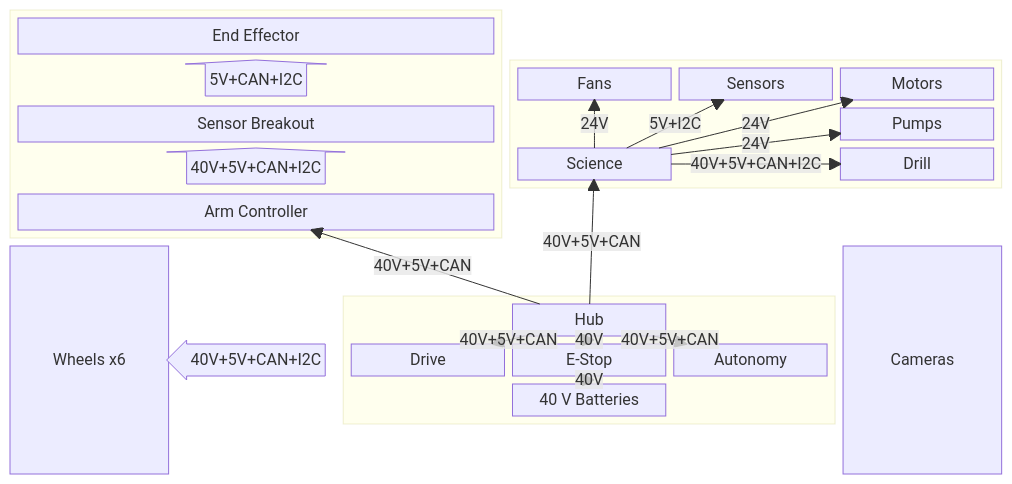
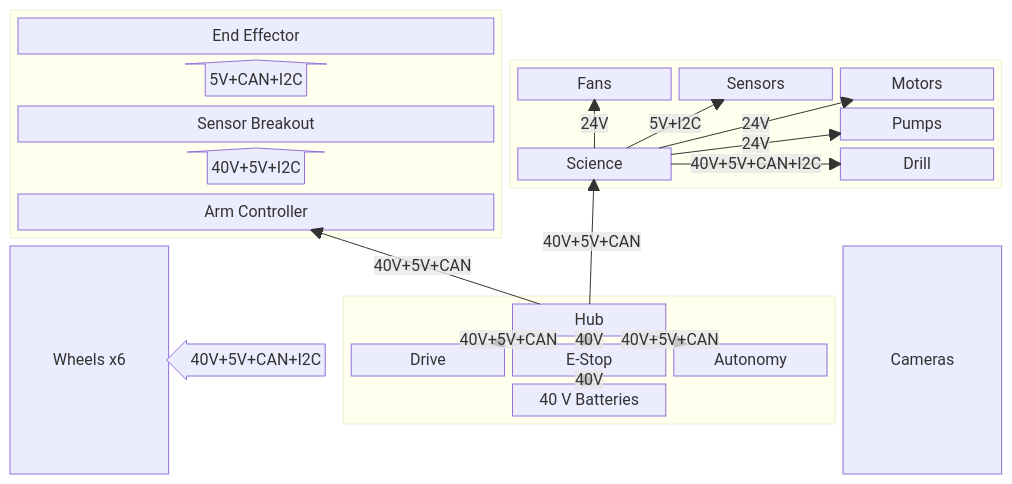
Before and after one commit to SJSURoboticsTeam/urc-electrical-2026: the diagram in docs/index.md, drawn with Mermaid.

````diff
--- a/docs/index.md
+++ b/docs/index.md
@@ -5,42 +5,42 @@
 ```mermaid
 block-beta
 columns 6
   block:arm:3
     columns 1
     hand["End Effector"] 
     armarr1<["5V+CAN+I2C"]>(up)
     midarm["Sensor Breakout"]
-    armarr2<["40V+5V+CAN+I2C"]>(up)
+    armarr2<["40V+5V+I2C"]>(up)
     armboard["Arm Controller"]
   end
 
   
   block:sci:3
     columns 3
     Fans Sensors Motors
     space:2 Pumps
     sciboard["Science"]  space Drill
     sciboard --"24V"--> Fans
     sciboard --"5V+I2C"--> Sensors
     sciboard --"24V"--> Motors
     sciboard --"24V"--> Pumps
     sciboard --"40V+5V+CAN+I2C"--> Drill
   end
   wheel["Wheels x6"]
   wheelbus<["40V+5V+CAN+I2C"]>(left)
 
   block:chassis:3
     columns 3
     space Hub space
     Drive estop["E-Stop"] Autonomy
     space bat["40 V Batteries"] space
   end
   cam["Cameras"]
   Hub--"40V+5V+CAN"-->armboard
   Hub--"40V+5V+CAN"-->sciboard
   Hub--"40V+5V+CAN"-->Autonomy
   Hub--"40V+5V+CAN"-->Drive
   estop--"40V"-->Hub
   bat--"40V"-->estop
 
 ```
````
